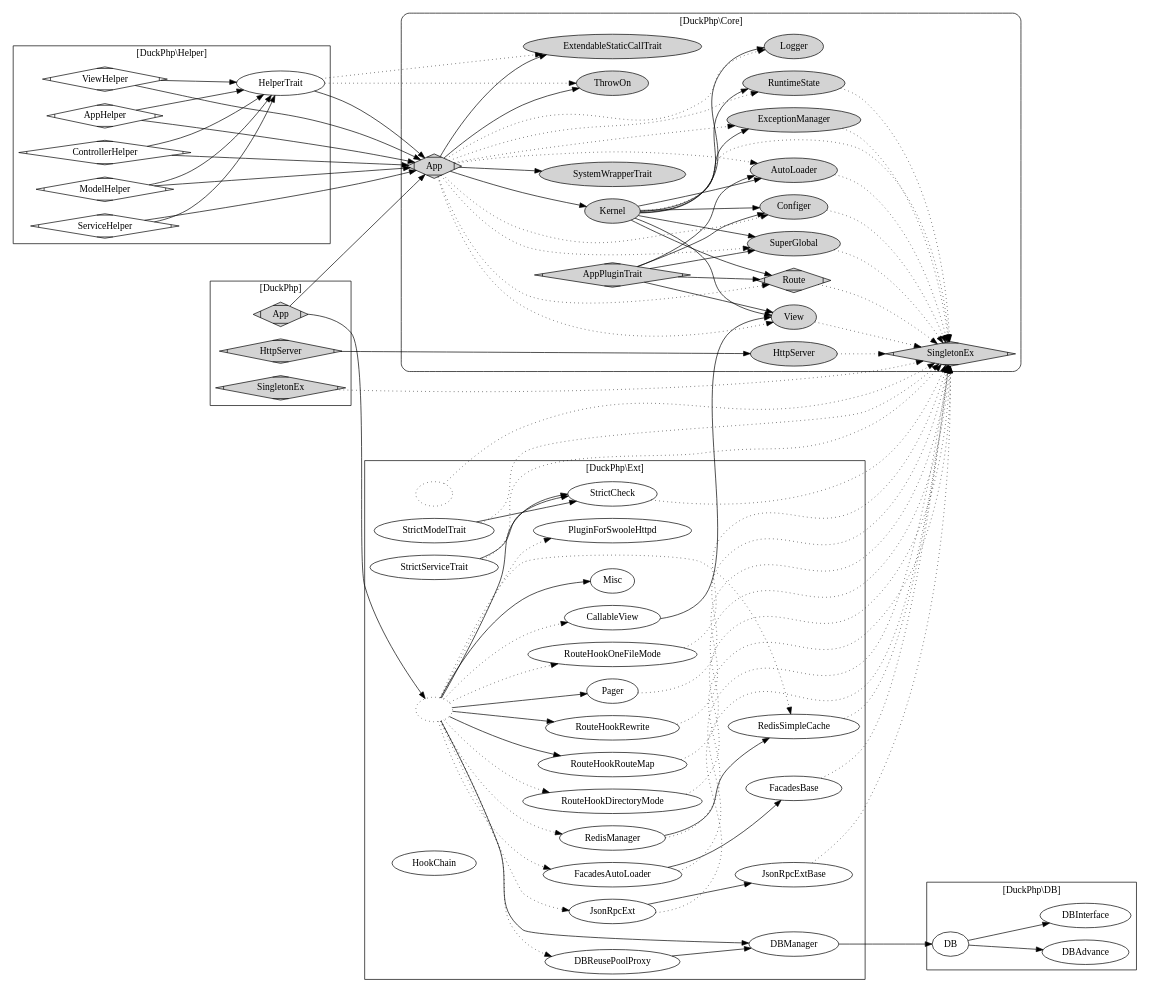
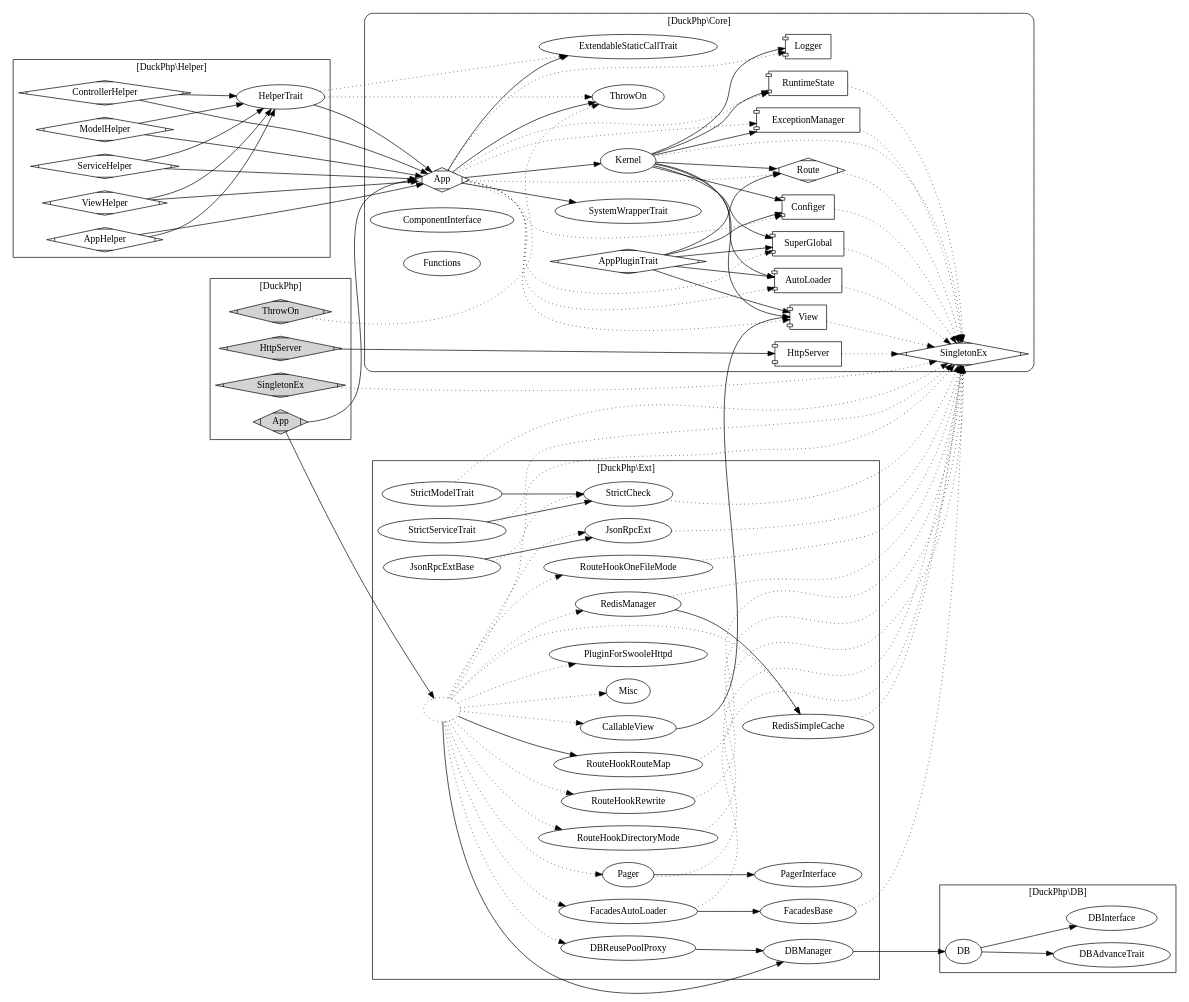
One commit to dvaknheo/duckphp changed the diagram in doc/duckphp.gv. Above: the diagram before and after it, drawn with Graphviz. The commit also changed 2 other files, not shown here.

```diff
--- a/doc/duckphp.gv
+++ b/doc/duckphp.gv
@@ -1,199 +1,200 @@
 digraph G{
 /* This is a graphviz file */
 graph [rankdir = "LR"];
     
     SingletonEx [shape=Mdiamond];
     
 subgraph cluster_Core {
     style = "rounded";
     label = "[DuckPhp\\Core]";
-    node [style=filled];
+
 
 
     Core_Kernel -> Core_SingletonEx [style="dotted"];
     Core_Kernel -> Core_AutoLoader ;
     Core_Kernel -> Core_Configer;
     Core_Kernel -> Core_Logger;
     Core_Kernel -> Core_ExceptionManager;
     Core_Kernel -> Core_Route;
     Core_Kernel -> Core_RuntimeState;
     Core_Kernel -> Core_View;
     Core_Kernel -> Core_SuperGlobal;
 
     
     Core_App -> Core_Kernel;
     Core_App -> Core_ThrowOn;
     Core_App -> Core_ExtendableStaticCallTrait;
     Core_App -> Core_SystemWrapperTrait;
     
     Core_App -> Core_AutoLoader [style="dotted"];
     Core_App -> Core_Configer [style="dotted"];
     Core_App -> Core_Logger [style="dotted"];
     Core_App -> Core_ExceptionManager [style="dotted"];
     Core_App -> Core_Route [style="dotted"];
     Core_App -> Core_RuntimeState [style="dotted"];
     Core_App -> Core_View [style="dotted"];
     Core_App -> Core_SuperGlobal [style="dotted"];
 
     Core_AutoLoader -> Core_SingletonEx [style="dotted"];
     Core_ExceptionManager -> Core_SingletonEx [style="dotted"];
     Core_View -> Core_SingletonEx [style="dotted"];
     Core_Configer -> Core_SingletonEx [style="dotted"];
     Core_Route -> Core_SingletonEx [style="dotted"];
     Core_RuntimeState -> Core_SingletonEx [style="dotted"];
     
     Core_HttpServer -> Core_SingletonEx [style="dotted"];
     Core_SuperGlobal -> Core_SingletonEx [style="dotted"];
 
 
     Core_AppPluginTrait -> Core_AutoLoader;
     Core_AppPluginTrait -> Core_Configer;
     Core_AppPluginTrait -> Core_View;
     Core_AppPluginTrait -> Core_Route;
     Core_AppPluginTrait -> Core_SuperGlobal;
 
 
     Core_AppPluginTrait [label="AppPluginTrait";shape=Mdiamond];
 
     Core_App [label="App";shape=Mdiamond];
     Core_Kernel [label="Kernel"];
     Core_SingletonEx [label="SingletonEx";shape=Mdiamond];
-    Core_AutoLoader [label="AutoLoader"];
-    Core_ExceptionManager [label="ExceptionManager"];
-    Core_View [label="View"];
-    Core_Configer [label="Configer"];
-    Core_Logger [label="Logger"];
+    Core_AutoLoader [label="AutoLoader";shape="component"];
+    Core_ExceptionManager [label="ExceptionManager";shape="component"];
+    Core_View [label="View";shape="component"];
+    Core_Configer [label="Configer";shape="component"];
+    Core_Logger [label="Logger";shape="component"];
     Core_Route [label="Route";shape=Mdiamond];
-    Core_RuntimeState [label="RuntimeState"];
+    Core_RuntimeState [label="RuntimeState";shape="component"];
     Core_SystemWrapperTrait [label="SystemWrapperTrait"];
     
-    Core_HttpServer [label="HttpServer"];
-    Core_SuperGlobal [label="SuperGlobal"];
+    Core_HttpServer [label="HttpServer";shape="component"];
+    Core_SuperGlobal [label="SuperGlobal";shape="component"];
 
     Core_ExtendableStaticCallTrait [label="ExtendableStaticCallTrait"];
     
     Core_ThrowOn [label="ThrowOn"];
+    Core_ComponentInterface [label="ComponentInterface"];
+    Core_Functions [label="Functions"];
     
 }
 
 
 
 
 subgraph cluster_Helper {
     label = "[DuckPhp\\Helper]";
     AppHelper -> Core_App; 
     ControllerHelper -> Core_App; 
     ModelHelper -> Core_App; 
     ServiceHelper -> Core_App; 
     ViewHelper -> Core_App; 
     HelperTrait -> Core_App;
     HelperTrait -> Core_ExtendableStaticCallTrait [style="dotted"];
     HelperTrait -> Core_ThrowOn [style="dotted"];
     
     AppHelper -> HelperTrait; 
     ControllerHelper -> HelperTrait; 
     ModelHelper -> HelperTrait; 
     ServiceHelper -> HelperTrait; 
     ViewHelper -> HelperTrait; 
 
     AppHelper [label="AppHelper";shape=Mdiamond];
     ControllerHelper [label="ControllerHelper";shape=Mdiamond];
     ModelHelper [label="ModelHelper";shape=Mdiamond];
     ServiceHelper [label="ServiceHelper";shape=Mdiamond];
     ViewHelper [label="ViewHelper";shape=Mdiamond];
 
 
 }
 
 
 
 
 subgraph cluster_DB {
     label = "[DuckPhp\\DB]";
 
-    DB_DB -> DB_DBAdvance;
+    DB_DB -> DB_DBAdvanceTrait;
     DB_DB -> DB_DBInterface;
 
     DB_DB [label="DB"];
-    DB_DBAdvance [label="DBAdvance"];
+    DB_DBAdvanceTrait [label="DBAdvanceTrait"];
     DB_DBInterface [label="DBInterface"];
 
 }
 
 
 
 subgraph cluster_Ext {
 label = "[DuckPhp\\Ext]";
     Ext [label="";style="dotted"];
     
+    Ext -> DBManager -> DB_DB;
+    Ext -> RouteHookRouteMap;
+    Ext -> Pager [style="dotted"];
+    
     Ext -> CallableView [style="dotted"];  CallableView -> Core_View;
-    Ext -> DBManager -> DB_DB;
     Ext -> DBReusePoolProxy [style="dotted"];
     
     Ext -> FacadesAutoLoader [style="dotted"];
     Ext -> JsonRpcExt [style="dotted"] ;
 
-    Ext -> Misc
-    Ext -> Pager ;
+    Ext -> Misc [style="dotted"];
     Ext -> PluginForSwooleHttpd [style="dotted"];
-    Ext -> RouteHookRewrite;
-    Ext -> RouteHookRouteMap;
-    Ext -> StrictCheck;
+    Ext -> RouteHookRewrite [style="dotted"];
+    Ext -> StrictCheck [style="dotted"];
     
     Ext -> RedisManager [style="dotted"];
     Ext -> RedisSimpleCache [style="dotted"];
     Ext -> RouteHookDirectoryMode [style="dotted"];
     Ext -> RouteHookOneFileMode [style="dotted"];
     
     DBReusePoolProxy ->DBManager; 
-    JsonRpcExt -> JsonRpcExtBase ;
     JsonRpcExt -> Core_SingletonEx [style="dotted"];
     JsonRpcExtBase -> Core_SingletonEx [style="dotted"];
-
+    JsonRpcExtBase ->JsonRpcExt;
     FacadesAutoLoader ->FacadesBase ;
     FacadesAutoLoader -> Core_SingletonEx [style="dotted"];
     FacadesBase -> Core_SingletonEx [style="dotted"];
     
-    _holder -> Core_SingletonEx [style="dotted"];
-    _holder[label="";style="dotted"];
     
     Pager -> Core_SingletonEx [style="dotted"]; 
+    Pager -> PagerInterface; 
     
     RedisManager -> RedisSimpleCache;
     RedisManager -> Core_SingletonEx [style="dotted"]; 
     RedisSimpleCache -> Core_SingletonEx [style="dotted"]; 
     
     RouteHookDirectoryMode -> Core_SingletonEx [style="dotted"]; 
     RouteHookOneFileMode -> Core_SingletonEx [style="dotted"];
     
     RouteHookRewrite -> Core_SingletonEx[style="dotted"]; 
     RouteHookRouteMap -> Core_SingletonEx [style="dotted"]; 
 
     StrictCheck -> Core_SingletonEx [style="dotted"]; 
     
     StrictModelTrait -> Core_SingletonEx [style="dotted"]; 
     StrictServiceTrait -> Core_SingletonEx [style="dotted"];
 
     StrictModelTrait -> StrictCheck; 
     StrictServiceTrait -> StrictCheck; 
-    
-    Core_HookChain [label="HookChain"];
-
 }
 subgraph cluster_DuckPhp {
     label = "[DuckPhp]";
         node [style=filled];
 
     HttpServer -> Core_HttpServer;
     App -> Core_App;
     SingletonEx -> Core_SingletonEx [style="dotted"];
+    ThrowOn -> Core_ThrowOn [style="dotted"];
     
     App -> Ext;
 
     App [shape=Mdiamond];
     HttpServer [shape=Mdiamond];
     
     SingletonEx [style=filled,shape=Mdiamond] ;
+    ThrowOn [shape=Mdiamond];
+
 }
 
 }
```
